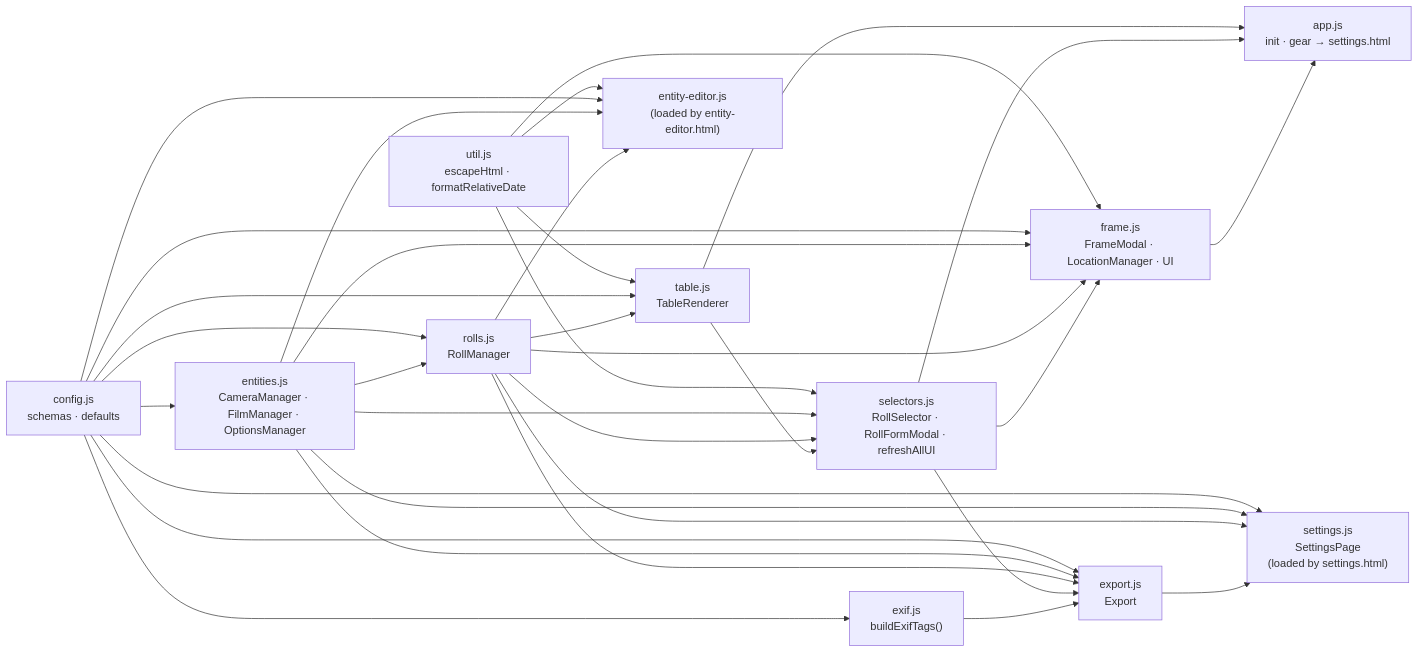
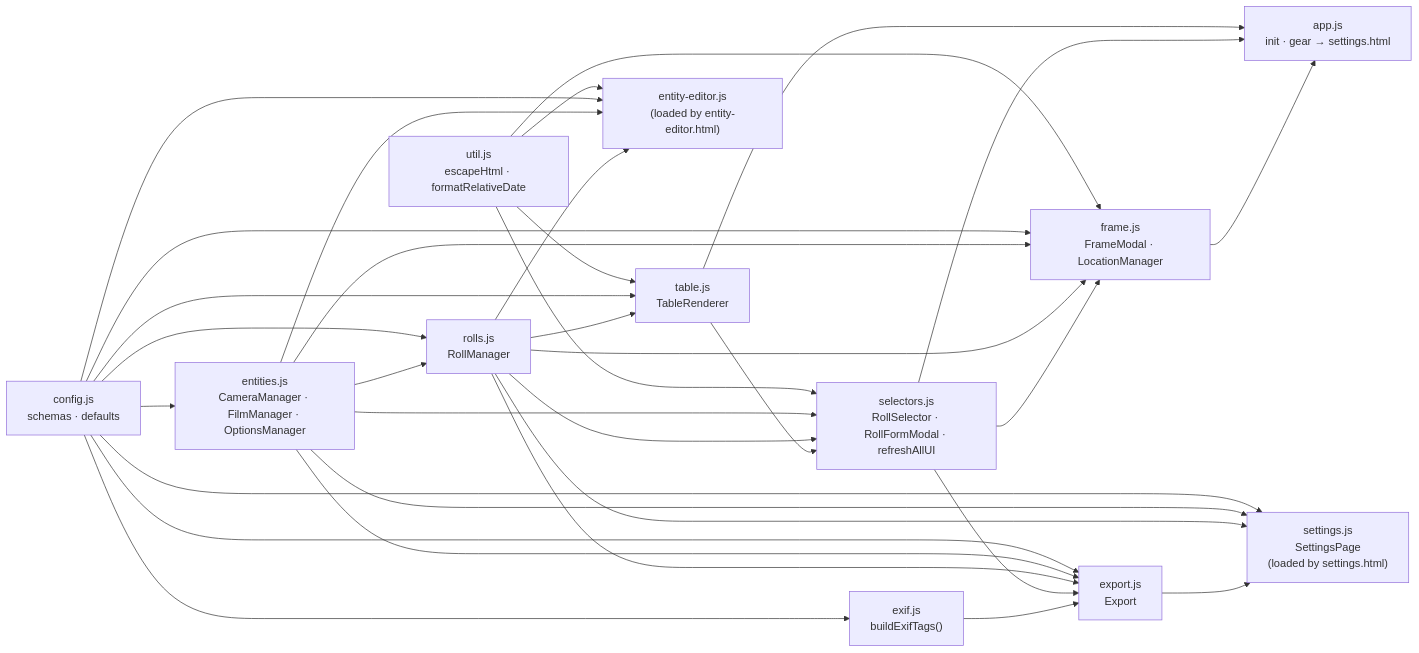
One commit to caksoylar/rolleirecord changed the first of 5 diagrams in architecture.md. Above: the diagram before and after it, drawn with Mermaid. The commit also changed other lines of this file and 3 other files, not shown here.

````diff
--- a/architecture.md
+++ b/architecture.md
@@ -42,53 +42,53 @@
 ```mermaid
 graph LR
     util["util.js\nescapeHtml · formatRelativeDate"]
     config["config.js\nschemas · defaults"]
     entities["entities.js\nCameraManager · FilmManager · OptionsManager"]
     rolls["rolls.js\nRollManager"]
     table["table.js\nTableRenderer"]
     selectors["selectors.js\nRollSelector · RollFormModal · refreshAllUI"]
     exif["exif.js\nbuildExifTags()"]
     export_["export.js\nExport"]
-    frame["frame.js\nFrameModal · LocationManager · UI"]
+    frame["frame.js\nFrameModal · LocationManager"]
     app["app.js\ninit · gear → settings.html"]
     entity_editor["entity-editor.js\n(loaded by entity-editor.html)"]
     settings["settings.js\nSettingsPage\n(loaded by settings.html)"]
 
     util --> table
     util --> selectors
     util --> frame
     util --> entity_editor
 
     config --> entities
     config --> rolls
     config --> table
     config --> frame
     config --> export_
     config --> exif
     config --> entity_editor
     config --> settings
 
     entities --> rolls
     entities --> selectors
     entities --> frame
     entities --> export_
     entities --> entity_editor
     entities --> settings
 
     rolls --> selectors
     rolls --> table
     rolls --> frame
     rolls --> export_
     rolls --> settings
     rolls --> entity_editor
 
     table --> selectors
     table --> app
 
     selectors --> app
     selectors --> export_
     selectors --> frame
     exif --> export_
     export_ --> settings
     frame --> app
 ```
````
